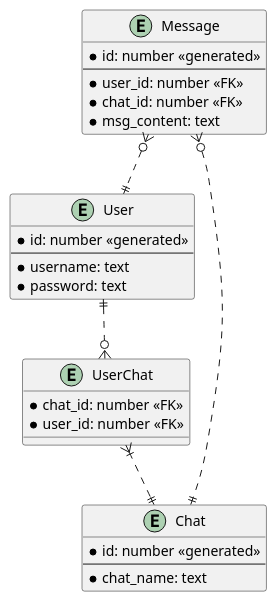
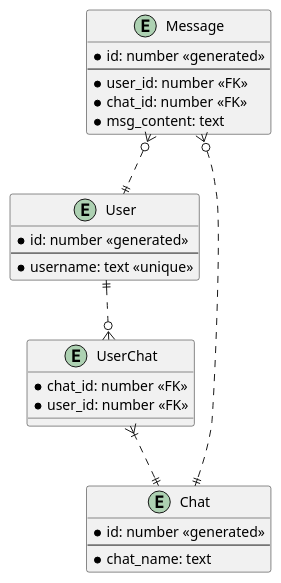
Before and after one commit to strang3nt/Telegraft: the diagram in docs/diagrams/entityRelationship/database.plantuml, drawn with PlantUML. The commit also changed 16 other files, not shown here.

```diff
--- a/docs/diagrams/entityRelationship/database.plantuml
+++ b/docs/diagrams/entityRelationship/database.plantuml
@@ -1,33 +1,32 @@
 @startuml database
 entity User {
   *id: number <<generated>>
   --
-  *username: text
-  *password: text
+  *username: text <<unique>>
 }
 
 entity Message {
   *id: number <<generated>>
   --
   *user_id: number <<FK>>
   *chat_id: number <<FK>>
   *msg_content: text
 }
 
 entity UserChat {
   *chat_id: number <<FK>>
   *user_id: number <<FK>>
 }
 
 entity Chat {
   *id: number <<generated>>
   --
   *chat_name: text
 }
 
 User ||..o{ UserChat
 UserChat }|..|| Chat
 Message }o..|| User
 Message }o..|| Chat
 
 @enduml
```
